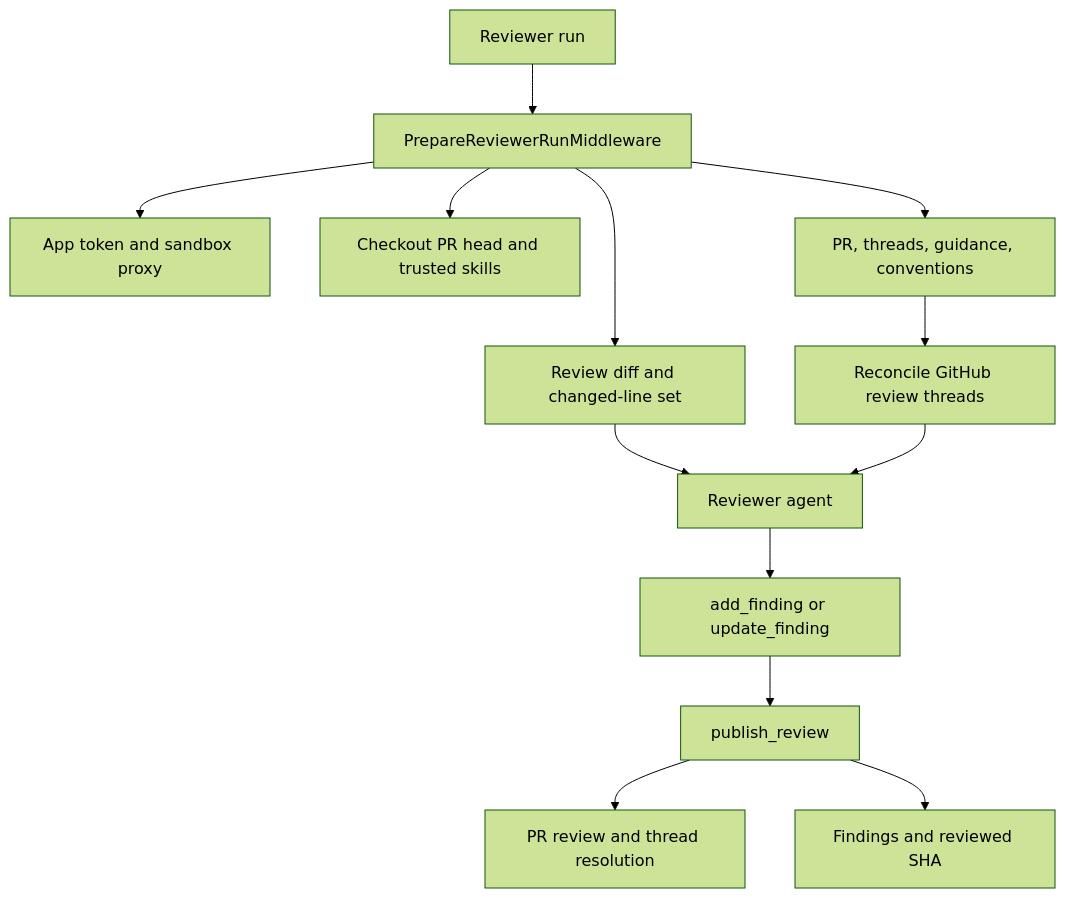
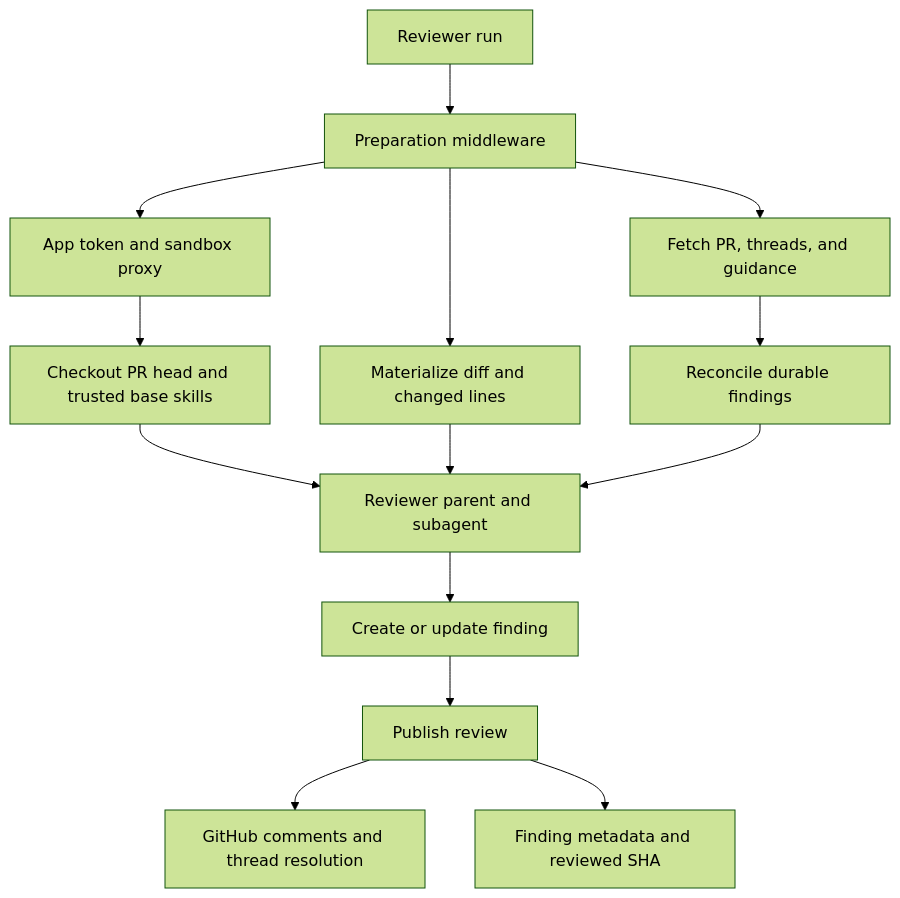
One commit to langchain-ai/open-swe changed the first of 3 diagrams in openwiki/architecture/reviewer-and-analyzer.md. Above: the diagram before and after it, drawn with Mermaid (forest theme). The commit also changed other lines of this file and 51 other files, not shown here.

````diff
--- a/openwiki/architecture/reviewer-and-analyzer.md
+++ b/openwiki/architecture/reviewer-and-analyzer.md
@@ -78,15 +69,16 @@
 ```mermaid
 flowchart TD
-    Trigger["Reviewer run"] --> Prep["PrepareReviewerRunMiddleware"]
+    Trigger["Reviewer run"] --> Prep["Preparation middleware"]
     Prep --> Auth["App token and sandbox proxy"]
-    Prep --> Checkout["Checkout PR head and trusted skills"]
-    Prep --> Diff["Review diff and changed-line set"]
-    Prep --> Context["PR, threads, guidance, conventions"]
-    Context --> Reconcile["Reconcile GitHub review threads"]
-    Diff --> Agent["Reviewer agent"]
+    Auth --> Checkout["Checkout PR head and trusted base skills"]
+    Prep --> Diff["Materialize diff and changed lines"]
+    Prep --> Context["Fetch PR, threads, and guidance"]
+    Context --> Reconcile["Reconcile durable findings"]
+    Checkout --> Agent["Reviewer parent and subagent"]
+    Diff --> Agent
     Reconcile --> Agent
-    Agent --> Finding["add_finding or update_finding"]
-    Finding --> Publish["publish_review"]
-    Publish --> GitHub["PR review and thread resolution"]
-    Publish --> Metadata["Findings and reviewed SHA"]
+    Agent --> Record["Create or update finding"]
+    Record --> Publish["Publish review"]
+    Publish --> GitHub["GitHub comments and thread resolution"]
+    Publish --> Durable["Finding metadata and reviewed SHA"]
 ```
````
